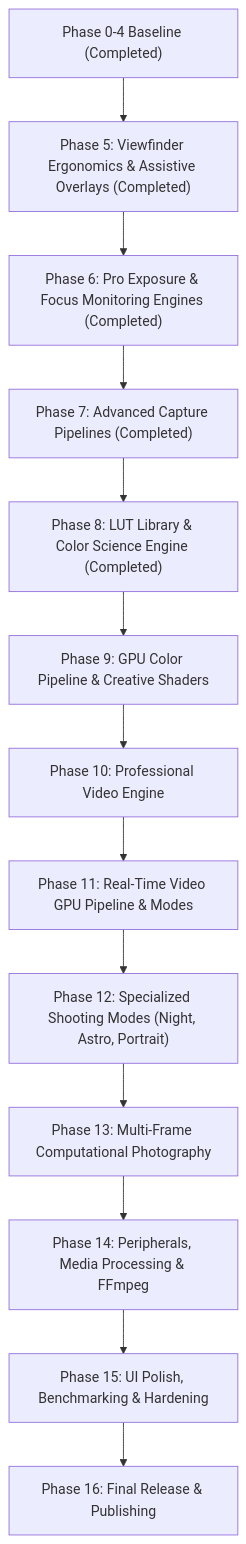
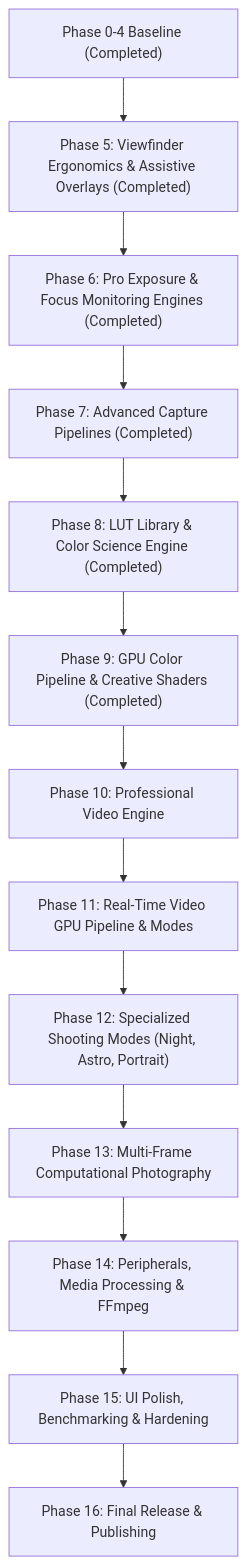
One commit to arybishal/Xamera changed the diagram in docs/MASTER_IMPLEMENTATION_ROADMAP.md. Above: the diagram before and after it, drawn with Mermaid. The commit also changed other lines of this file and 32 other files, not shown here.

Commit message:
feat(gpu): implement Phase 9 GPU color pipeline, 3D LUT shader engine, film grain, and halation

````diff
--- a/docs/MASTER_IMPLEMENTATION_ROADMAP.md
+++ b/docs/MASTER_IMPLEMENTATION_ROADMAP.md
@@ -41,15 +41,15 @@
 ```mermaid
 flowchart TD
     P4["Phase 0-4 Baseline (Completed)"] --> P5["Phase 5: Viewfinder Ergonomics & Assistive Overlays (Completed)"]
     P5 --> P6["Phase 6: Pro Exposure & Focus Monitoring Engines (Completed)"]
     P6 --> P7["Phase 7: Advanced Capture Pipelines (Completed)"]
     P7 --> P8["Phase 8: LUT Library & Color Science Engine (Completed)"]
-    P8 --> P9["Phase 9: GPU Color Pipeline & Creative Shaders"]
+    P8 --> P9["Phase 9: GPU Color Pipeline & Creative Shaders (Completed)"]
     P9 --> P10["Phase 10: Professional Video Engine"]
     P10 --> P11["Phase 11: Real-Time Video GPU Pipeline & Modes"]
     P11 --> P12["Phase 12: Specialized Shooting Modes (Night, Astro, Portrait)"]
     P12 --> P13["Phase 13: Multi-Frame Computational Photography"]
     P13 --> P14["Phase 14: Peripherals, Media Processing & FFmpeg"]
     P14 --> P15["Phase 15: UI Polish, Benchmarking & Hardening"]
     P15 --> P16["Phase 16: Final Release & Publishing"]
 ```
````
